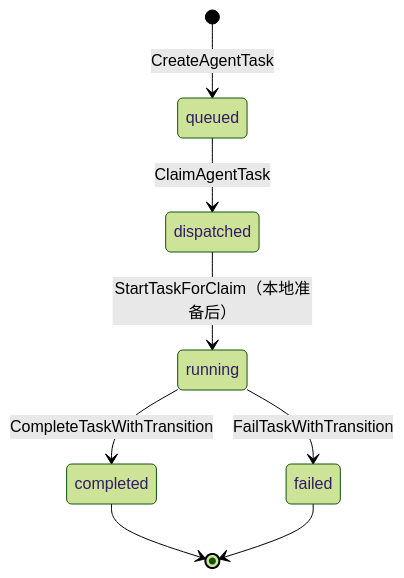
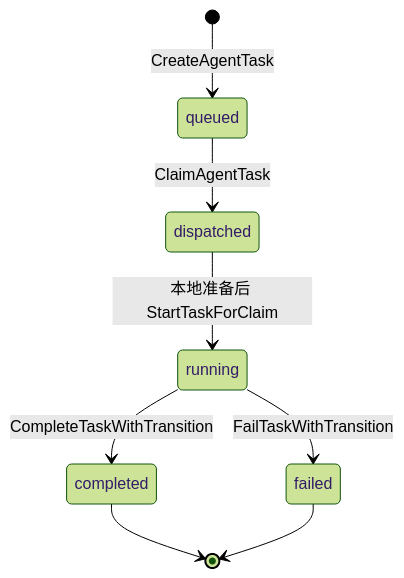
Before and after one commit to QinWeijia111/multica-learning: the fourth of 5 diagrams in site/src/content/tutorials/run-lifecycle.mdx, drawn with Mermaid (forest theme). The commit also changed other lines of this file and 2 other files, not shown here.

````diff
--- a/site/src/content/tutorials/run-lifecycle.mdx
+++ b/site/src/content/tutorials/run-lifecycle.mdx
@@ -248,10 +241,10 @@
 ```mermaid
 stateDiagram-v2
     [*] --> queued: CreateAgentTask
     queued --> dispatched: ClaimAgentTask
-    dispatched --> running: StartTaskForClaim（本地准备后）
+    dispatched --> running: 本地准备后 StartTaskForClaim
     running --> completed: CompleteTaskWithTransition
     running --> failed: FailTaskWithTransition
     completed --> [*]
     failed --> [*]
 ```
````
